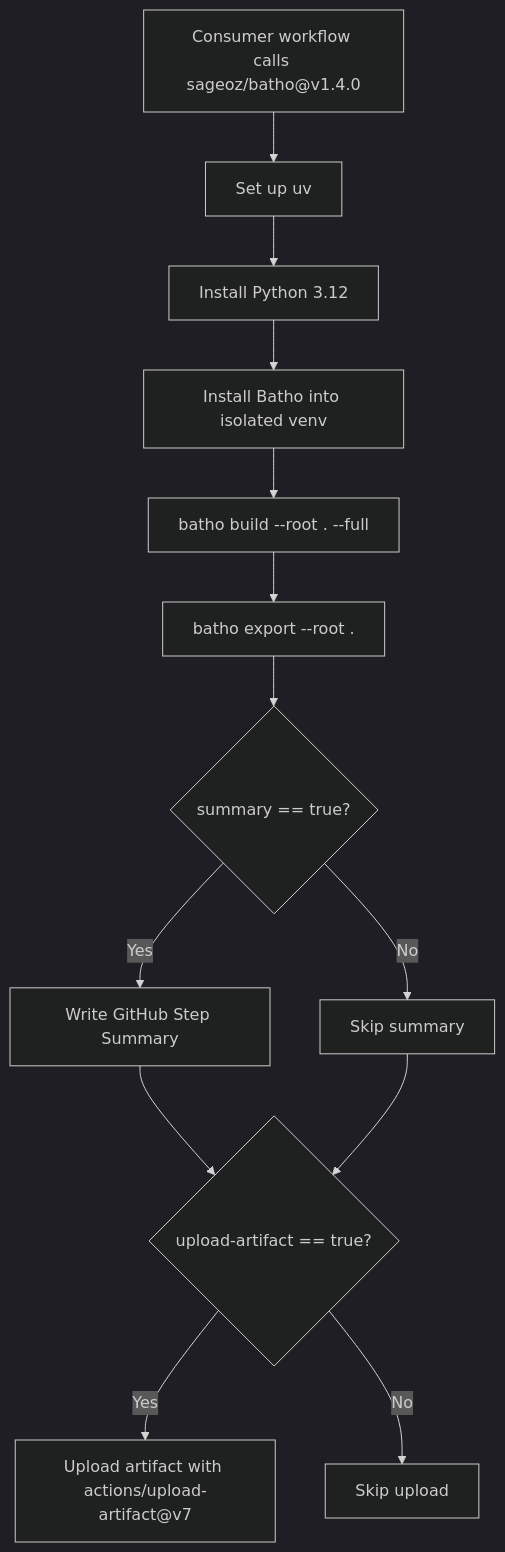
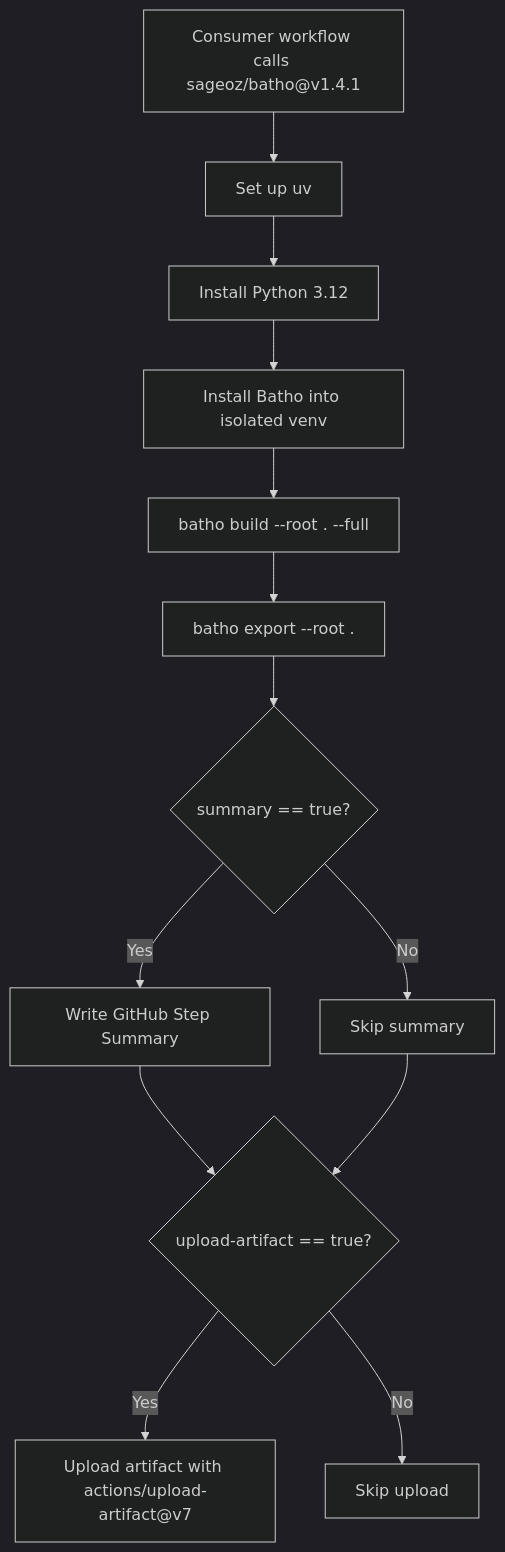
The diagram in docs-site/docs/cicd/composite-action.md (sageoz/Batho), drawn with Mermaid (dark theme) before and after one commit. The commit also changed other lines of this file and 19 other files, not shown here.

````diff
--- a/docs-site/docs/cicd/composite-action.md
+++ b/docs-site/docs/cicd/composite-action.md
@@ -7,15 +7,15 @@
 ```mermaid
 flowchart TD
-    A["Consumer workflow calls sageoz/batho@v1.4.0"] --> B["Set up uv"]
+    A["Consumer workflow calls sageoz/batho@v1.4.1"] --> B["Set up uv"]
     B --> C["Install Python 3.12"]
     C --> D["Install Batho into isolated venv"]
     D --> E["batho build --root . --full"]
     E --> F["batho export --root ."]
     F --> G{"summary == true?"}
     G -- Yes --> H["Write GitHub Step Summary"]
     G -- No --> I["Skip summary"]
     H --> J{"upload-artifact == true?"}
     I --> J
     J -- Yes --> K["Upload artifact with actions/upload-artifact@v7"]
     J -- No --> L["Skip upload"]
 ```
````
